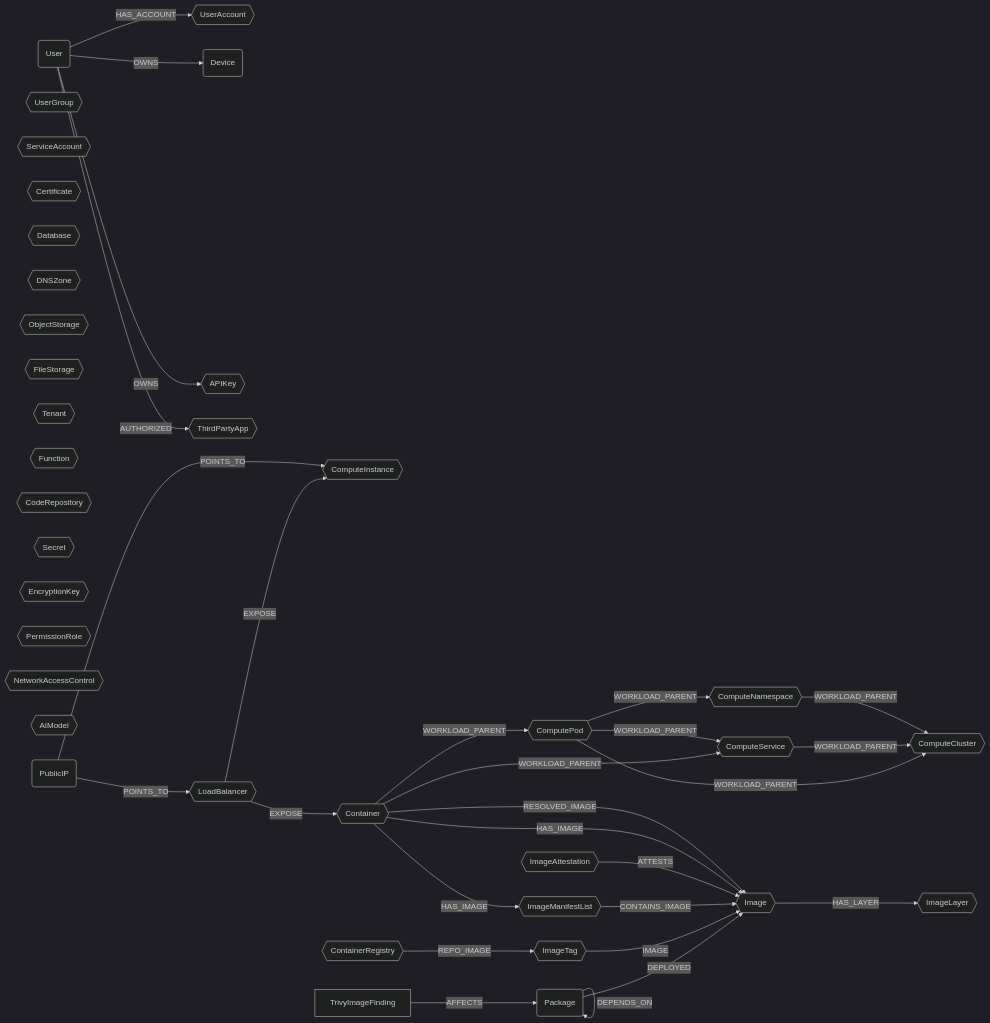
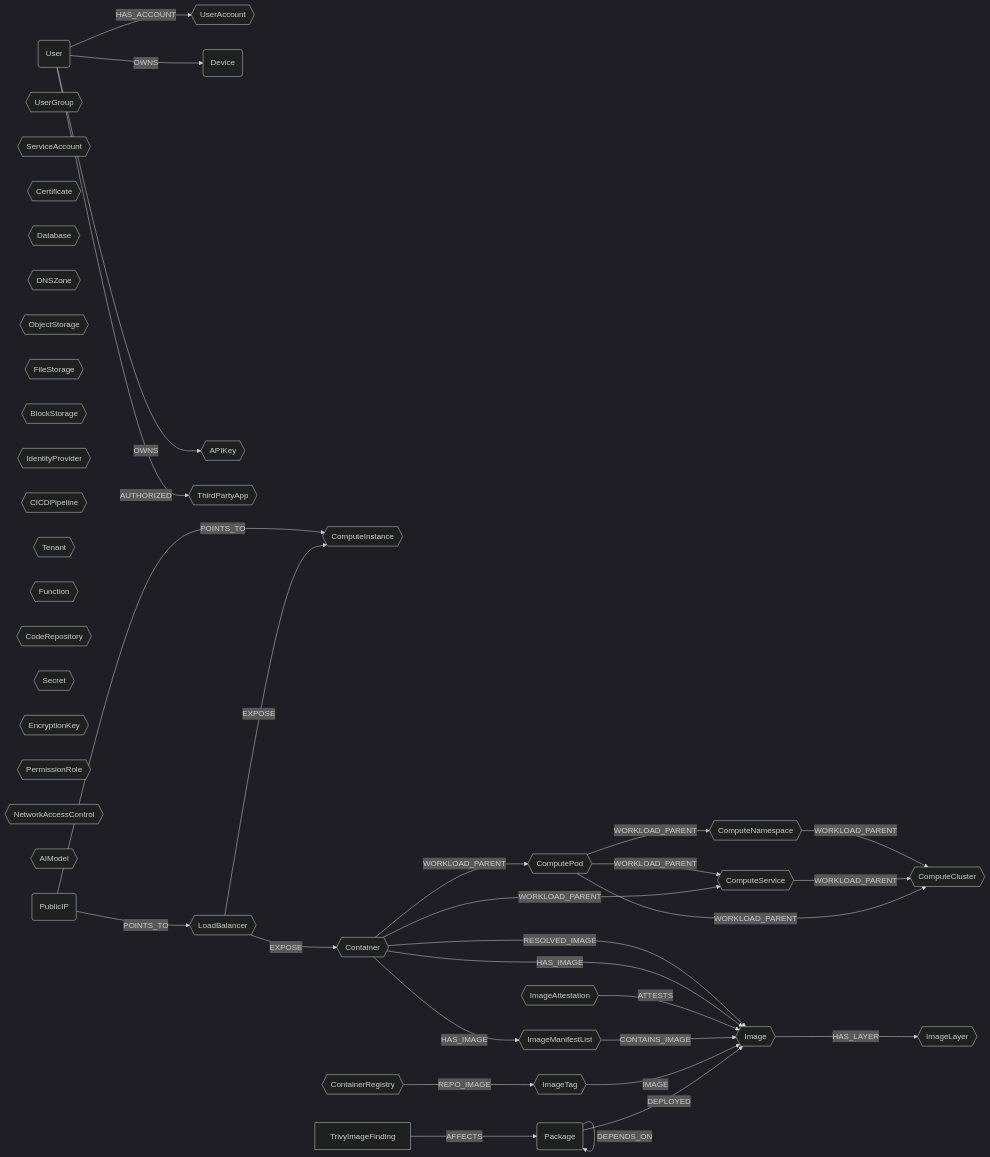
Before and after one commit to cartography-cncf/cartography: the diagram in docs/root/modules/ontology/schema.md, drawn with Mermaid (dark theme). The commit also changed other lines of this file and 8 other files, not shown here.

````diff
--- a/docs/root/modules/ontology/schema.md
+++ b/docs/root/modules/ontology/schema.md
@@ -6,49 +6,52 @@
 ```mermaid
 graph LR
 
 U(User) -- HAS_ACCOUNT --> UA{{UserAccount}}
 U -- OWNS --> CC(Device)
 U -- OWNS --> AK{{APIKey}}
 U -- AUTHORIZED --> OA{{ThirdPartyApp}}
 UG{{UserGroup}}
 SA{{ServiceAccount}}
 CERT{{Certificate}}
 LB{{LoadBalancer}} -- EXPOSE --> CI{{ComputeInstance}}
 LB{{LoadBalancer}} -- EXPOSE --> CT{{Container}}
 CL{{ComputeCluster}}
 CS{{ComputeService}}
 CNS{{ComputeNamespace}}
 CP{{ComputePod}}
 CT -- WORKLOAD_PARENT --> CP
 CT -- WORKLOAD_PARENT --> CS
 CP -- WORKLOAD_PARENT --> CS
 CP -- WORKLOAD_PARENT --> CNS
 CP -- WORKLOAD_PARENT --> CL
 CS -- WORKLOAD_PARENT --> CL
 CNS -- WORKLOAD_PARENT --> CL
 DB{{Database}}
 DZ{{DNSZone}}
 OS{{ObjectStorage}}
 FS{{FileStorage}}
+BS{{BlockStorage}}
+IDP{{IdentityProvider}}
+CICD{{CICDPipeline}}
 TN{{Tenant}}
 FN{{Function}}
 REPO{{CodeRepository}}
 SC{{Secret}}
 EK{{EncryptionKey}}
 PR{{PermissionRole}}
 NAC{{NetworkAccessControl}}
 AIM{{AIModel}}
 PIP(PublicIP) -- POINTS_TO --> LB
 PIP -- POINTS_TO --> CI
 PKG(Package) -- DEPLOYED --> IM{{Image}}
 PKG -- DEPENDS_ON --> PKG
 F[TrivyImageFinding] -- AFFECTS --> PKG
 CR{{ContainerRegistry}} -- REPO_IMAGE --> IT{{ImageTag}}
 IT -- IMAGE --> IM
 IML{{ImageManifestList}} -- CONTAINS_IMAGE --> IM
 IA{{ImageAttestation}} -- ATTESTS --> IM
 IM -- HAS_LAYER --> IL{{ImageLayer}}
 CT -- HAS_IMAGE --> IM
 CT -- HAS_IMAGE --> IML
 CT -- RESOLVED_IMAGE --> IM
 ```
````
